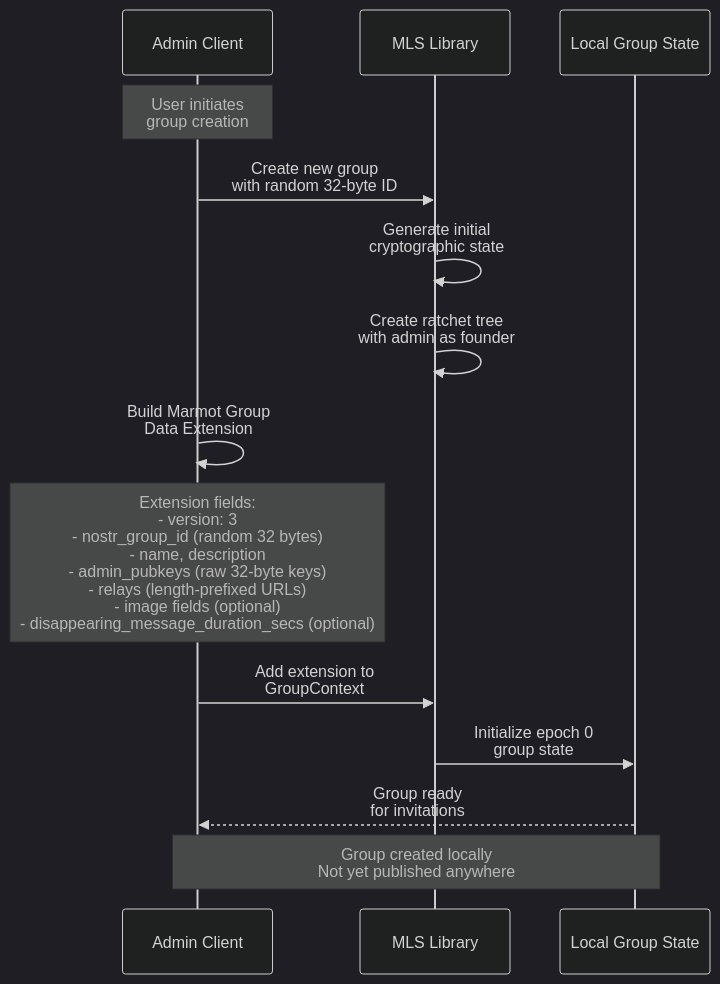
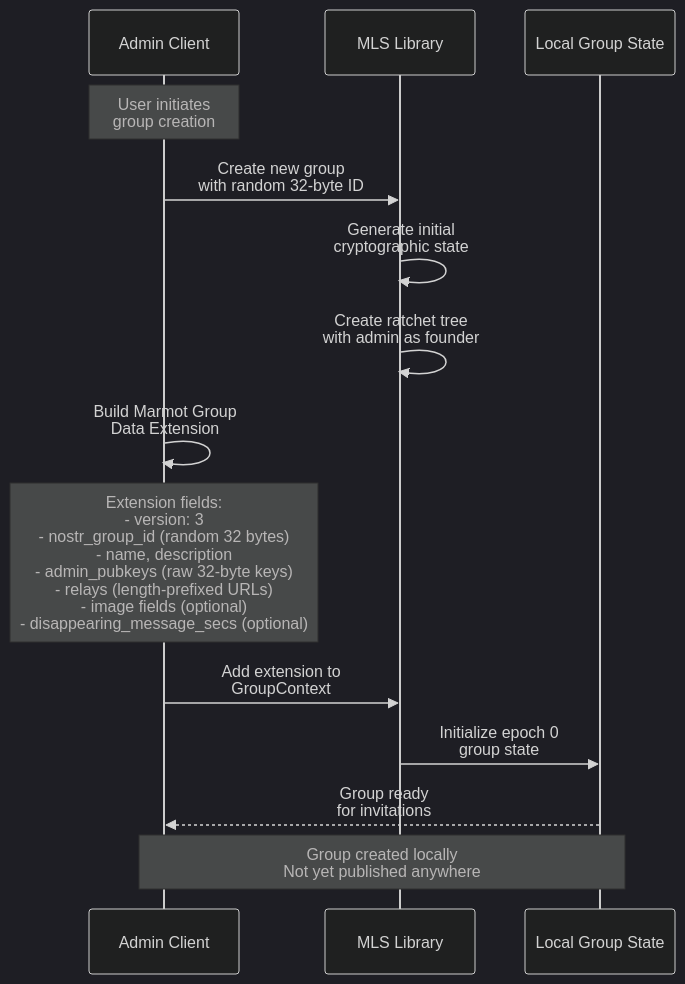
Before and after one commit to parres-hq/marmot: the second of 10 diagrams in data_flows.md, drawn with Mermaid (dark theme). The commit also changed other lines of this file and 3 other files, not shown here.

````diff
--- a/data_flows.md
+++ b/data_flows.md
@@ -108,26 +108,26 @@
 ```mermaid
 sequenceDiagram
     participant A as Admin Client
     participant MLS as MLS Library
     participant GS as Local Group State
 
     Note over A: User initiates<br/>group creation
 
     A->>MLS: Create new group<br/>with random 32-byte ID
 
     MLS->>MLS: Generate initial<br/>cryptographic state
 
     MLS->>MLS: Create ratchet tree<br/>with admin as founder
 
     A->>A: Build Marmot Group<br/>Data Extension
 
-    Note over A: Extension fields:<br/>- version: 3<br/>- nostr_group_id (random 32 bytes)<br/>- name, description<br/>- admin_pubkeys (raw 32-byte keys)<br/>- relays (length-prefixed URLs)<br/>- image fields (optional)<br/>- disappearing_message_duration_secs (optional)
+    Note over A: Extension fields:<br/>- version: 3<br/>- nostr_group_id (random 32 bytes)<br/>- name, description<br/>- admin_pubkeys (raw 32-byte keys)<br/>- relays (length-prefixed URLs)<br/>- image fields (optional)<br/>- disappearing_message_secs (optional)
 
     A->>MLS: Add extension to<br/>GroupContext
 
     MLS->>GS: Initialize epoch 0<br/>group state
 
     GS-->>A: Group ready<br/>for invitations
 
     Note over A,GS: Group created locally<br/>Not yet published anywhere
 ```
````
